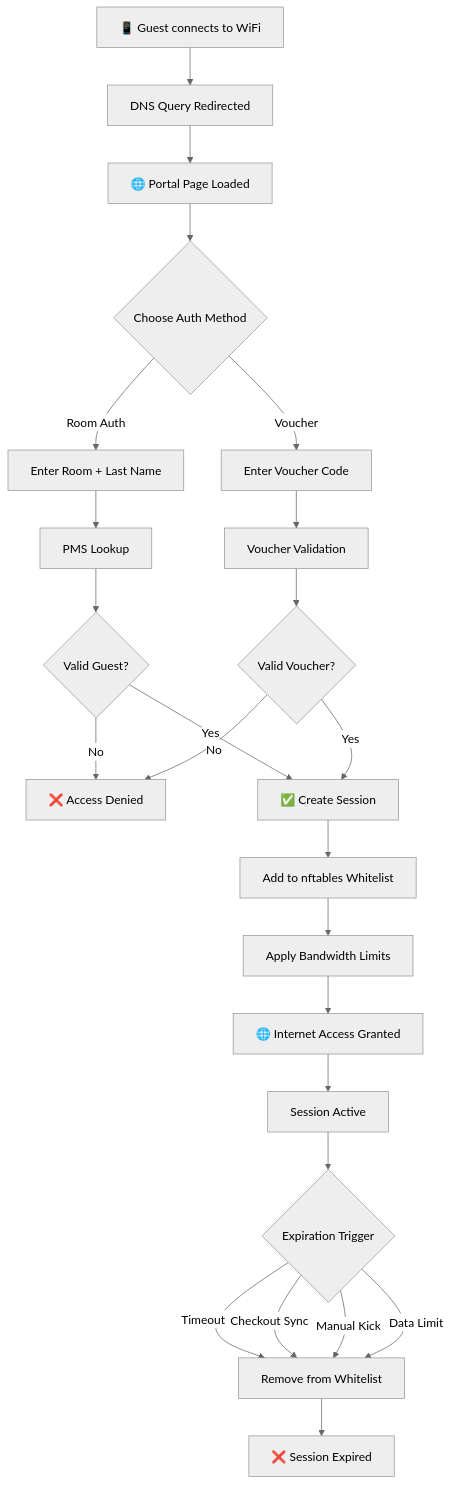
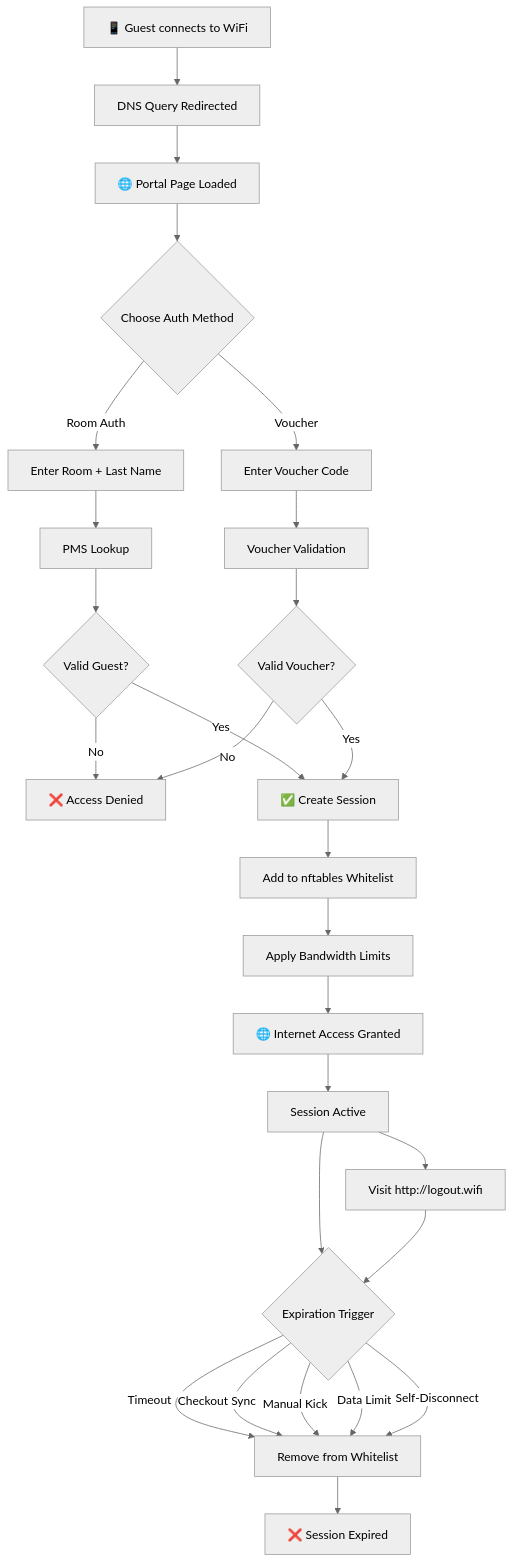
One commit to anirut/WiFi-Captive-Portal changed the second of 8 diagrams in README.md. Above: the diagram before and after it, drawn with Mermaid (neutral theme). The commit also changed other lines of this file, not shown here.

First line of the commit message:
docs(readme): update to reflect dual DNS architecture and logout.wifi feature

````diff
--- a/README.md
+++ b/README.md
@@ -98,31 +103,35 @@
 ```mermaid
 flowchart TD
     A[📱 Guest connects to WiFi] --> B[DNS Query Redirected]
     B --> C[🌐 Portal Page Loaded]
     C --> D{Choose Auth Method}
 
     D -->|Room Auth| E[Enter Room + Last Name]
     D -->|Voucher| F[Enter Voucher Code]
 
     E --> G[PMS Lookup]
     G --> H{Valid Guest?}
     H -->|No| I[❌ Access Denied]
     H -->|Yes| J[✅ Create Session]
 
     F --> K[Voucher Validation]
     K --> L{Valid Voucher?}
     L -->|No| I
     L -->|Yes| J
 
     J --> M[Add to nftables Whitelist]
     M --> N[Apply Bandwidth Limits]
     N --> O[🌐 Internet Access Granted]
 
     O --> P[Session Active]
     P --> Q{Expiration Trigger}
     Q -->|Timeout| R[Remove from Whitelist]
     Q -->|Checkout Sync| R
     Q -->|Manual Kick| R
     Q -->|Data Limit| R
+    Q -->|Self-Disconnect| R
     R --> S[❌ Session Expired]
+
+    P --> SD[Visit http://logout.wifi]
+    SD --> Q
 ```
````
